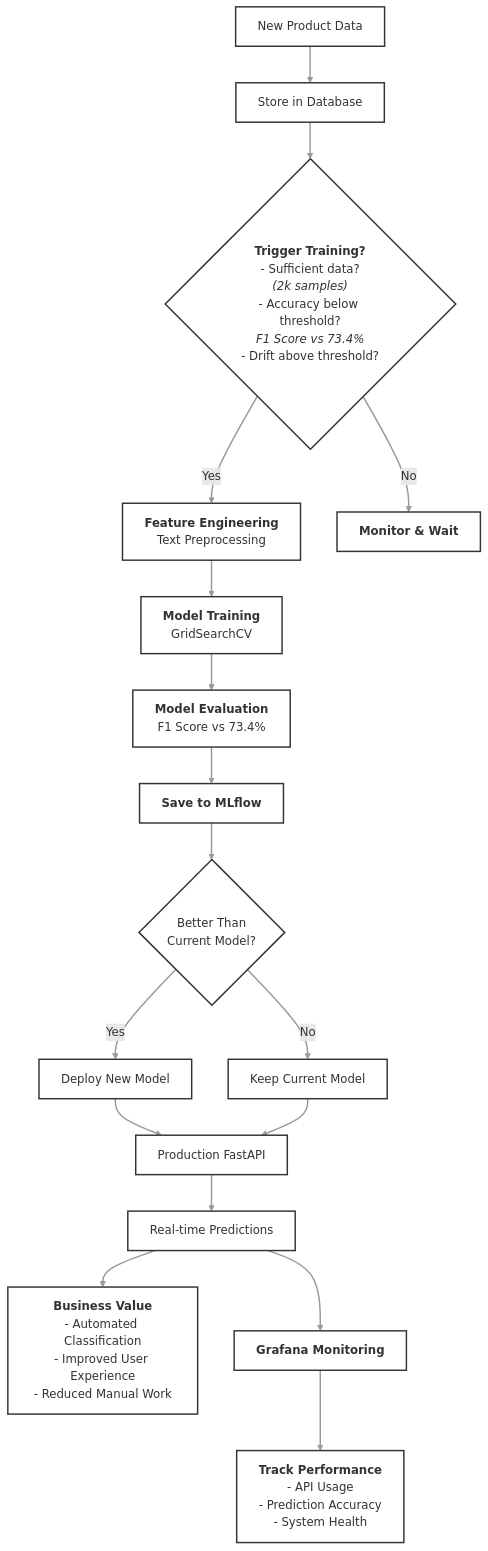
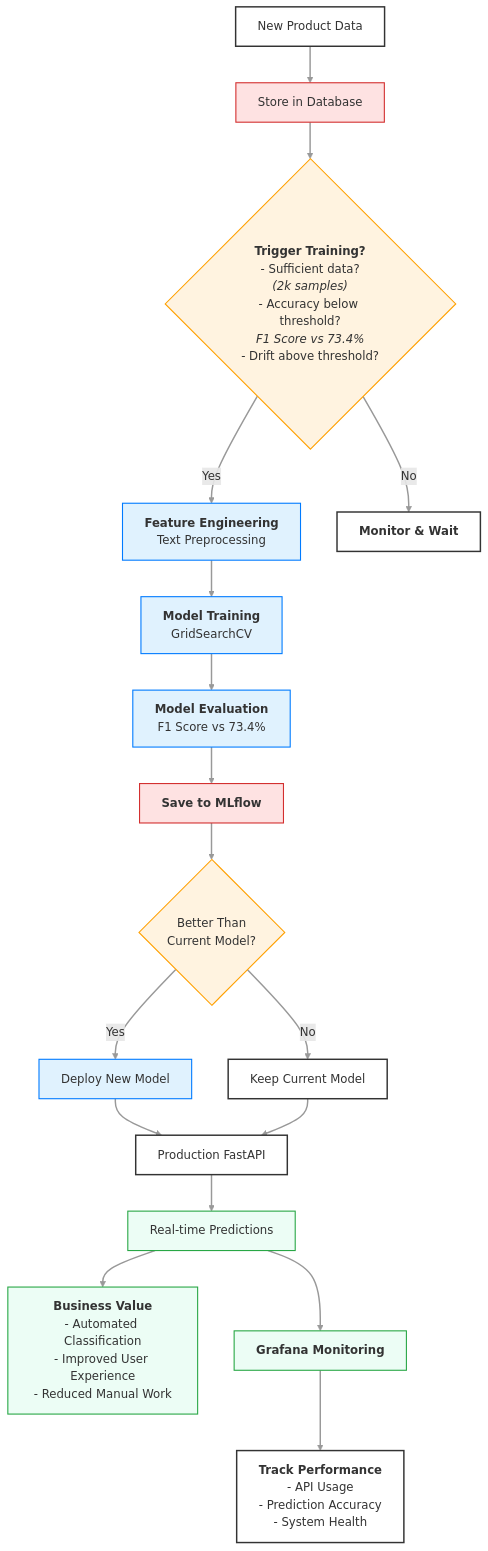
The diagram in containers/rakuten_st/flowcharts/rakuten_mlops_retraining.mermaid (Pockyee/rakuten_project), drawn with Mermaid before and after one commit. The commit also changed 13 other files, not shown here.

Commit message:
fix(diagram): changed app pages as workaround for Mermaid's internal JavaScript state issue

```diff
--- a/containers/rakuten_st/flowcharts/rakuten_mlops_retraining.mermaid
+++ b/containers/rakuten_st/flowcharts/rakuten_mlops_retraining.mermaid
@@ -1,103 +1,115 @@
 graph TD
 
     %% RETRAINING NODES
 
     %% Data Ingestion [DI]
     Start[New Product Data]
     DataStorage[Store in Database]
     
     %% DI EDGE
     Start --> DataStorage
 
     
     %% Immediate Training Decision [ITD]
     TrainingTrigger{"`**Trigger Training?**
     - Sufficient data?
     _(2k samples)_
     - Accuracy below threshold?
     _F1 Score vs 73.4%_
     - Drift above threshold?`"}
 
     FeatureEngineering["`**Feature Engineering**
     Text Preprocessing`"]
 
     WaitingState["`**Monitor & Wait**`"]
 
     %% ITD EDGES
     DataStorage --> TrainingTrigger
     TrainingTrigger -- "Yes" --> FeatureEngineering
     TrainingTrigger -- "No" --> WaitingState
 
 
     %% Model Development Cycle [MDC]
 
     ModelTraining["`**Model Training**
     GridSearchCV`"]
 
     ModelEvaluation["`**Model Evaluation**
     F1 Score vs 73.4%`"]
     
     ModelRegistry["`**Save to MLflow**`"]
 
     %% MDC EDGES
     FeatureEngineering --> ModelTraining
     ModelTraining --> ModelEvaluation
     ModelEvaluation --> ModelRegistry
 
 
     %% Deployment Decision [DD]
     
     DeploymentDecision{"Better Than
     Current Model?"}
     
     ModelDeployment["Deploy New Model"]
     
     KeepCurrent["Keep Current Model"]
 
     %% DD EDGES
     ModelRegistry --> DeploymentDecision
     DeploymentDecision -- "Yes" --> ModelDeployment
     DeploymentDecision -- "No" --> KeepCurrent
 
 
     %% REAL-TIME SERVING [RTS]
     ProductionAPI["Production FastAPI"]
     RealTimePredictions["Real-time Predictions"]
 
     %% RTS EDGES
     ModelDeployment --> ProductionAPI
     KeepCurrent --> ProductionAPI
     ProductionAPI --> RealTimePredictions
 
 
     %% Business Value [BV]
     BusinessValue["`**Business Value**
     - Automated Classification
     - Improved User Experience
     - Reduced Manual Work`"]
     
     %% BV EDGE
     RealTimePredictions --> BusinessValue
 
 
     %% Monitoring and Triggering [MaT]
 
     MonitoringDashboard["`**Grafana Monitoring**`"]
 
     PerformanceMetrics["`**Track Performance**
     - API Usage
     - Prediction Accuracy
     - System Health`"]
 
 
     %% MaT EDGES
     RealTimePredictions --> MonitoringDashboard
     MonitoringDashboard --> PerformanceMetrics
 
 
     %% STYLING
     %% Apply default styles to ALL nodes
     classDef default fill:#FFF,stroke:#333,stroke-width:2px;
 
     %% Apply default styles to ALL edges
     linkStyle default stroke:#999,stroke-width:2px,fill:none;
+
+    %% Node-specific styling
+    classDef process fill:#E0F2FE,stroke:#007BFF,stroke-width:1.5px;
+    classDef decision fill:#FFF3E0,stroke:#FFA000,stroke-width:1.5px;
+    classDef storage fill:#FEE2E2,stroke:#D32F2F,stroke-width:1.5px;
+    classDef value fill:#ECFDF5,stroke:#28A745,stroke-width:1.5px;
+
+    %% Applying classes to specific nodes (grouping for readability)
+    class FeatureEngineering,ModelTraining,ModelEvaluation,ModelDeployment process; 
+    class TrainingTrigger,DeploymentDecision decision; 
+    class DataStorage,ModelRegistry storage; 
+    class BusinessValue,RealTimePredictions,MonitoringDashboard value; 
```
